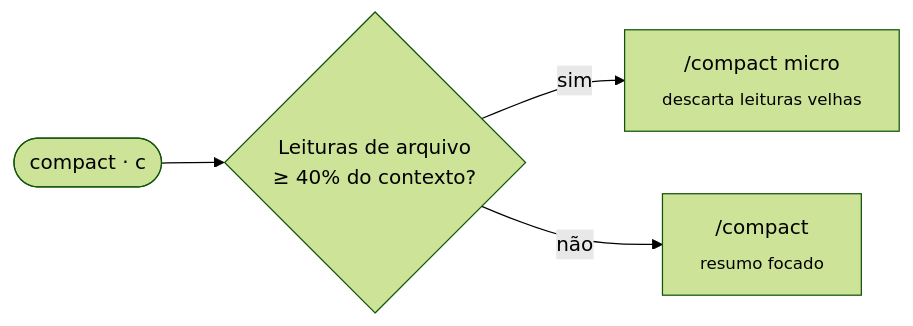
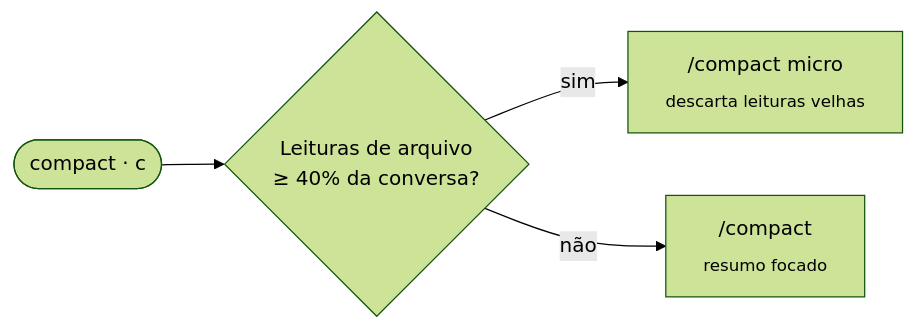
One commit to edsoncantuaria/cc-cost changed the diagram in README.pt-BR.md. Above: the diagram before and after it, drawn with Mermaid (forest theme). The commit also changed other lines of this file and 7 other files, not shown here.

````diff
--- a/README.pt-BR.md
+++ b/README.pt-BR.md
@@ -75,6 +75,6 @@
 ```mermaid
 flowchart LR
-    A([compact · c]) --> B{Leituras de arquivo<br>≥ 40% do contexto?}
+    A([compact · c]) --> B{Leituras de arquivo<br>≥ 40% da conversa?}
     B -- sim --> C["/compact micro<br><sub>descarta leituras velhas</sub>"]
     B -- não --> D["/compact<br><sub>resumo focado</sub>"]
 ```
````
